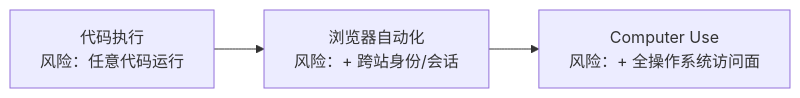
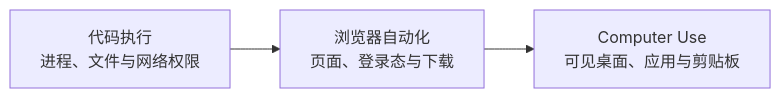
The first of 2 diagrams in docs/safety/04-agent-execution-isolation/08-code-execution-browser-computer-use-sandboxing.md (oneleaveknowsthefall/awesome-ai-roadmap), drawn with Mermaid before and after one commit. The commit also changed other lines of this file and 26 other files, not shown here.

````diff
--- a/docs/safety/04-agent-execution-isolation/08-code-execution-browser-computer-use-sandboxing.md
+++ b/docs/safety/04-agent-execution-isolation/08-code-execution-browser-computer-use-sandboxing.md
@@ -7,5 +11,5 @@
 ```mermaid
 flowchart LR
-    A[代码执行<br/>风险：任意代码运行] --> B[浏览器自动化<br/>风险：+ 跨站身份/会话]
-    B --> C[Computer Use<br/>风险：+ 全操作系统访问面]
+    A[代码执行<br/>进程、文件与网络权限] --> B[浏览器自动化<br/>页面、登录态与下载]
+    B --> C[Computer Use<br/>可见桌面、应用与剪贴板]
 ```
````
